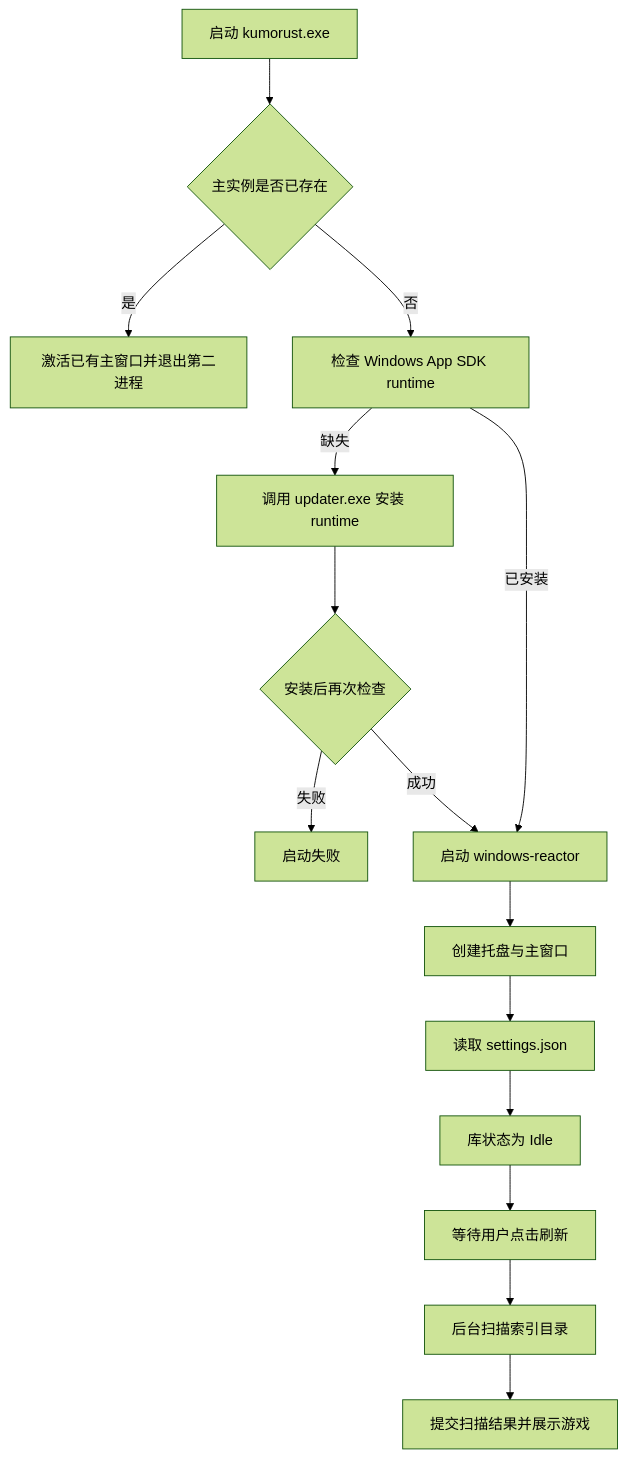
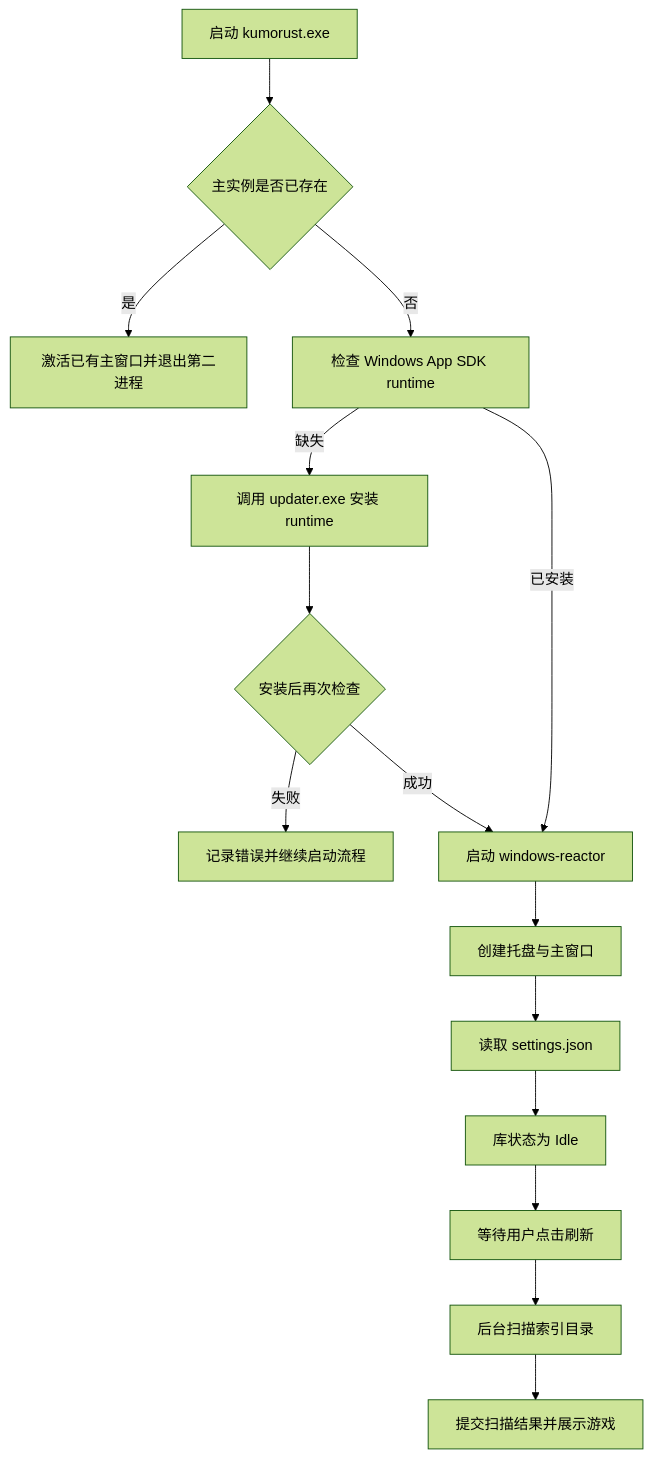
The second of 3 diagrams in docs/kumorust-feature-map.md (kumoproject/kumorust), drawn with Mermaid (forest theme) before and after one commit. The commit also changed other lines of this file and 16 other files, not shown here.

````diff
--- a/docs/kumorust-feature-map.md
+++ b/docs/kumorust-feature-map.md
@@ -81,17 +83,17 @@
 ```mermaid
 flowchart TD
     A[启动 kumorust.exe] --> B{主实例是否已存在}
     B -- 是 --> C[激活已有主窗口并退出第二进程]
     B -- 否 --> D[检查 Windows App SDK runtime]
     D -- 缺失 --> E[调用 updater.exe 安装 runtime]
     E --> F{安装后再次检查}
-    F -- 失败 --> X[启动失败]
+    F -- 失败 --> X[记录错误并继续启动流程]
     F -- 成功 --> G[启动 windows-reactor]
     D -- 已安装 --> G
     G --> H[创建托盘与主窗口]
     H --> I[读取 settings.json]
     I --> J[库状态为 Idle]
     J --> K[等待用户点击刷新]
     K --> L[后台扫描索引目录]
     L --> M[提交扫描结果并展示游戏]
 ```
````
